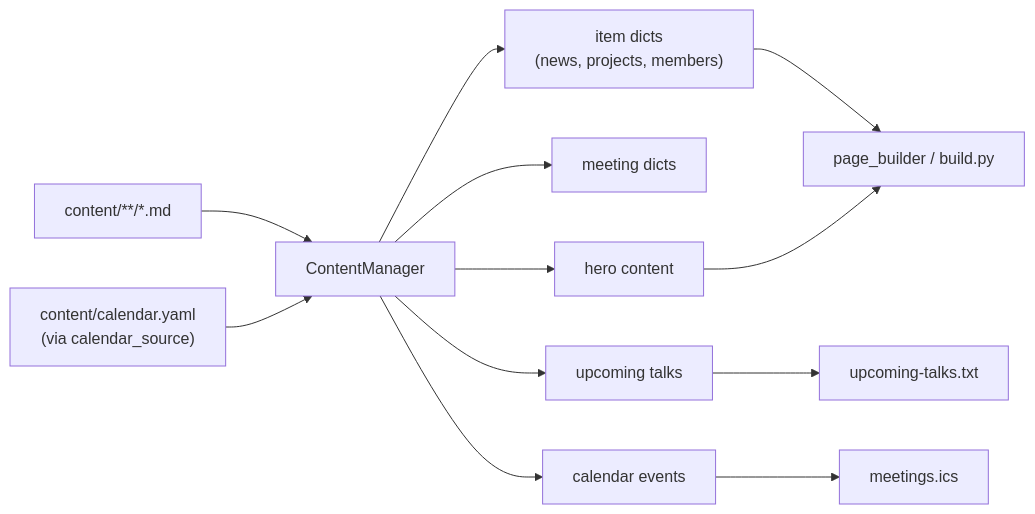
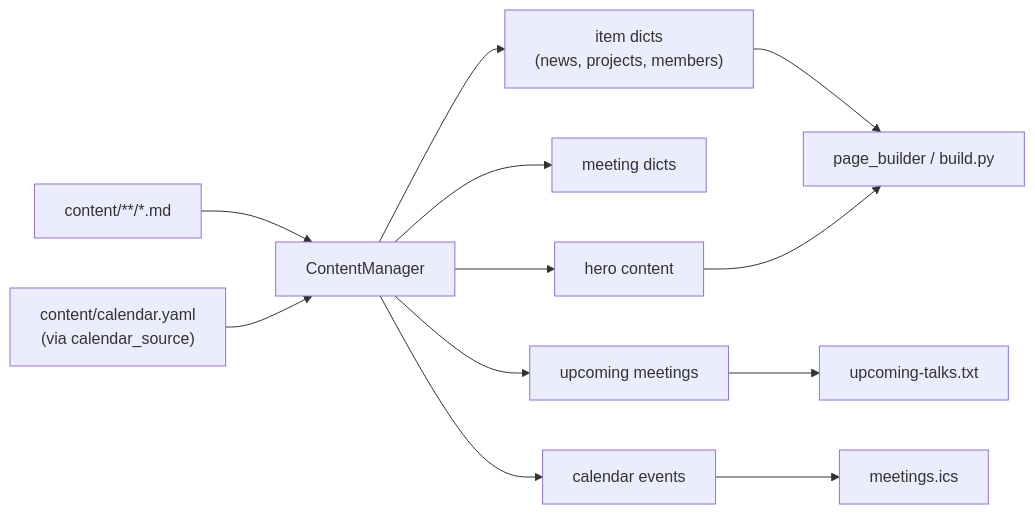
One commit to Boston-Robot-Hackers/brh-website-2 changed the first of 2 diagrams in process/01-literate/04-content_manager.md. Above: the diagram before and after it, drawn with Mermaid. The commit also changed other lines of this file and 20 other files, not shown here.

First line of the commit message:
F20: upcoming-talks.txt lists every upcoming meeting; calendar cleanups

````diff
--- a/process/01-literate/04-content_manager.md
+++ b/process/01-literate/04-content_manager.md
@@ -20,14 +20,14 @@
 ```mermaid
 flowchart LR
     MD["content/**/*.md"] --> CM["ContentManager"]
     Y["content/calendar.yaml<br/>(via calendar_source)"] --> CM
     CM --> I["item dicts<br/>(news, projects, members)"]
     CM --> M["meeting dicts"]
     CM --> H["hero content"]
-    CM --> U["upcoming talks"]
+    CM --> U["upcoming meetings"]
     CM --> E["calendar events"]
     I --> PB["page_builder / build.py"]
     H --> PB
     U --> TXT["upcoming-talks.txt"]
     E --> ICS["meetings.ics"]
 ```
````
